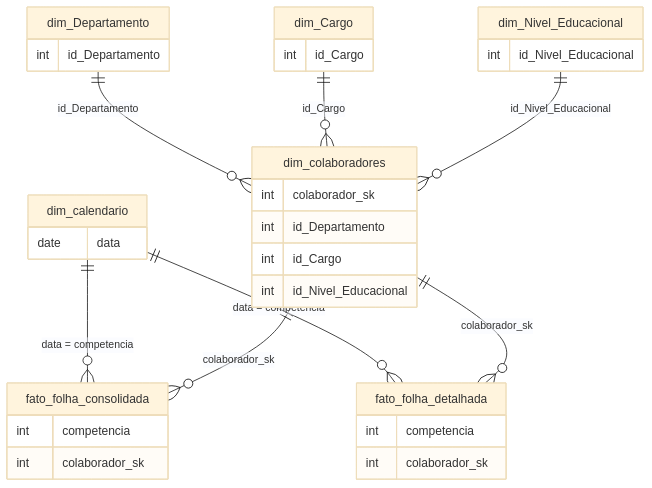
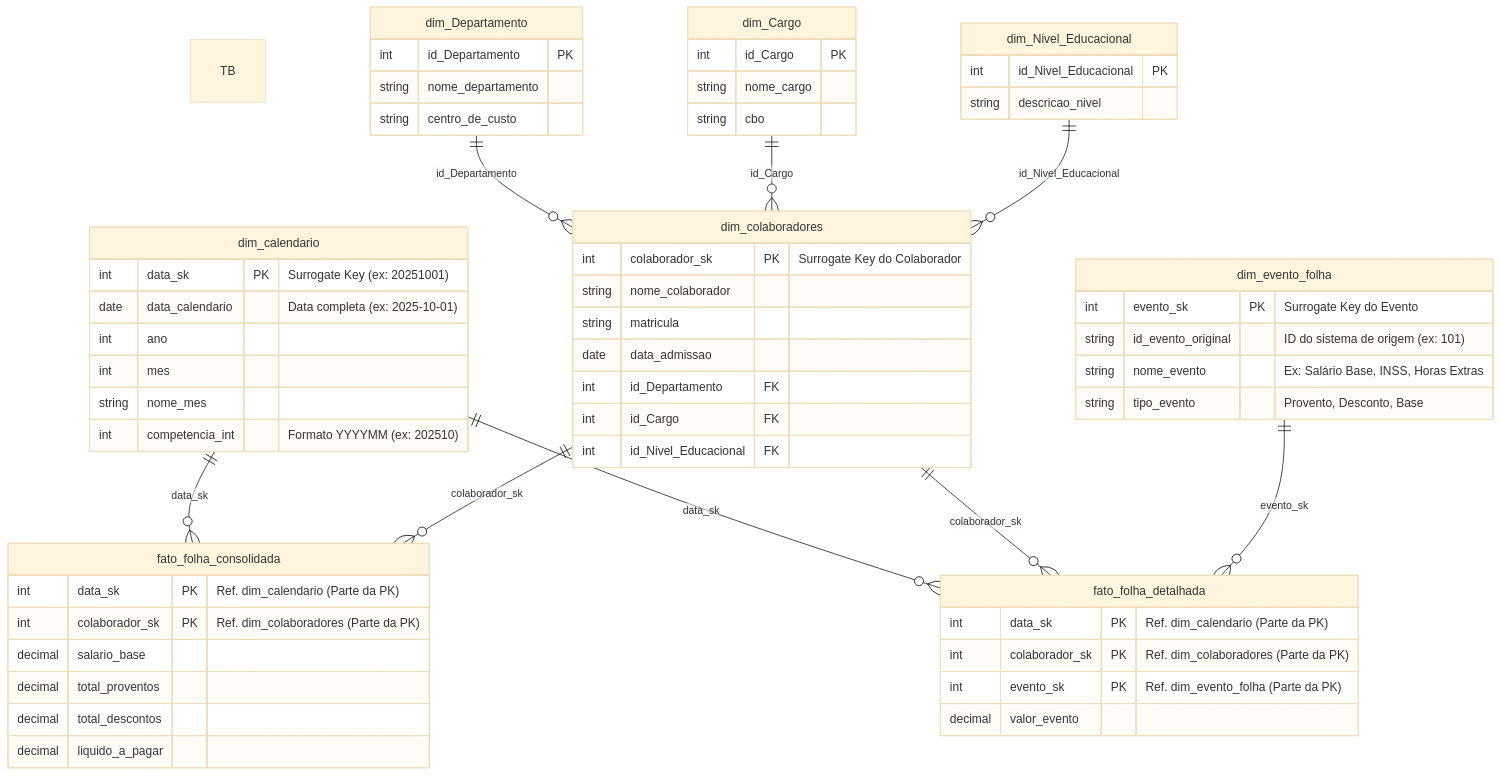
Before and after one commit to Ignowsky/ETL-Folha-Pagamento-PDF: the second of 2 diagrams in README.md, drawn with Mermaid (base theme). The commit also changed other lines of this file, not shown here.

Commit message:
Ajuste do starschema

````diff
--- a/README.md
+++ b/README.md
@@ -204,46 +204,83 @@
 ``` mermaid
-erDiagram
+erDiagram TB
+
+    %% --- Dimensões Principais (Em cima) ---
     dim_calendario {
-        date data
+        int data_sk PK "Surrogate Key (ex: 20251001)"
+        date data_calendario "Data completa (ex: 2025-10-01)"
+        int ano
+        int mes
+        string nome_mes
+        int competencia_int "Formato YYYYMM (ex: 202510)"
     }
 
+    dim_colaboradores {
+        int colaborador_sk PK "Surrogate Key do Colaborador"
+        string nome_colaborador
+        string matricula
+        date data_admissao
+        int id_Departamento FK
+        int id_Cargo FK
+        int id_Nivel_Educacional FK
+    }
+
+    %% --- Tabelas Fato (No Meio) ---
     fato_folha_consolidada {
-        int competencia
-        int colaborador_sk
+        int data_sk PK "Ref. dim_calendario (Parte da PK)"
+        int colaborador_sk PK "Ref. dim_colaboradores (Parte da PK)"
+        decimal salario_base
+        decimal total_proventos
+        decimal total_descontos
+        decimal liquido_a_pagar
     }
 
     fato_folha_detalhada {
-        int competencia
-        int colaborador_sk
+        int data_sk PK "Ref. dim_calendario (Parte da PK)"
+        int colaborador_sk PK "Ref. dim_colaboradores (Parte da PK)"
+        int evento_sk PK "Ref. dim_evento_folha (Parte da PK)"
+        decimal valor_evento
     }
 
-    dim_colaboradores {
-        int colaborador_sk
-        int id_Departamento
-        int id_Cargo
-        int id_Nivel_Educacional
+    %% --- (Recomendação) Dimensão Faltante ---
+    dim_evento_folha {
+         int evento_sk PK "Surrogate Key do Evento"
+         string id_evento_original "ID do sistema de origem (ex: 101)"
+         string nome_evento "Ex: Salário Base, INSS, Horas Extras"
+         string tipo_evento "Provento, Desconto, Base"
     }
 
+    %% --- Dimensões Secundárias / "Snowflake" (Embaixo) ---
     dim_Departamento {
-        int id_Departamento
+        int id_Departamento PK
+        string nome_departamento
+        string centro_de_custo
     }
 
     dim_Cargo {
-        int id_Cargo
+        int id_Cargo PK
+        string nome_cargo
+        string cbo
     }
 
     dim_Nivel_Educacional {
-        int id_Nivel_Educacional
+        int id_Nivel_Educacional PK
+        string descricao_nivel
     }
 
-    %% Relacionamentos 1:N
-    dim_calendario ||--o{ fato_folha_consolidada : "data = competencia"
-    dim_calendario ||--o{ fato_folha_detalhada : "data = competencia"
+
+    %% --- Relacionamentos ---
+    %% Estas linhas JÁ definem as Foreign Keys (FKs)
+    dim_calendario ||--o{ fato_folha_consolidada : "data_sk"
+    dim_calendario ||--o{ fato_folha_detalhada : "data_sk"
 
     dim_colaboradores ||--o{ fato_folha_consolidada : "colaborador_sk"
     dim_colaboradores ||--o{ fato_folha_detalhada : "colaborador_sk"
 
+    %% dim_colaboradores liga-se às suas dimensões "snowflake"
     dim_Departamento ||--o{ dim_colaboradores : "id_Departamento"
     dim_Cargo ||--o{ dim_colaboradores : "id_Cargo"
     dim_Nivel_Educacional ||--o{ dim_colaboradores : "id_Nivel_Educacional"
+
+    %% Ligação com a nova dimensão recomendada
+    dim_evento_folha ||--o{ fato_folha_detalhada : "evento_sk"
 ```
````
